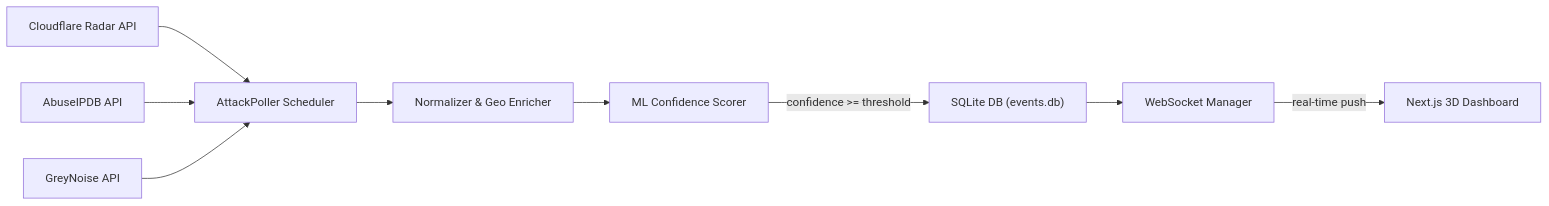
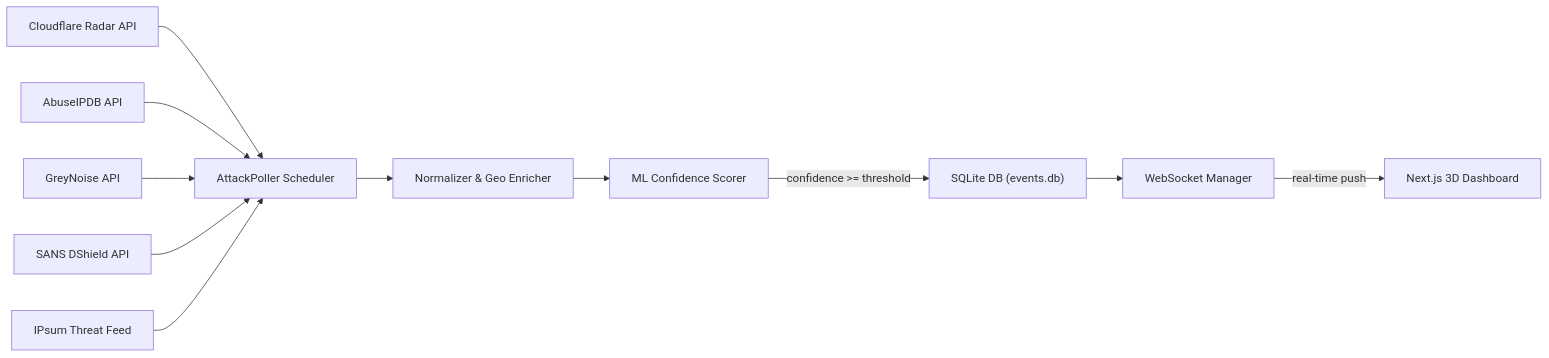
Before and after one commit to swap-mitra/live-ddos-map: the first of 3 diagrams in README.md, drawn with Mermaid. The commit also changed other lines of this file and 3 other files, not shown here.

````diff
--- a/README.md
+++ b/README.md
@@ -21,21 +21,25 @@
 ```mermaid
 flowchart LR
   abuse["AbuseIPDB API"]
   cloudflare["Cloudflare Radar API"]
   greynoise["GreyNoise API"]
+  dshield["SANS DShield API"]
+  ipsum["IPsum Threat Feed"]
   poller["AttackPoller Scheduler"]
   normalizer["Normalizer & Geo Enricher"]
   ml["ML Confidence Scorer"]
   db["SQLite DB (events.db)"]
   ws["WebSocket Manager"]
   ui["Next.js 3D Dashboard"]
 
   cloudflare --> poller
   abuse --> poller
   greynoise --> poller
+  dshield --> poller
+  ipsum --> poller
   poller --> normalizer
   normalizer --> ml
   ml -->|confidence >= threshold| db
   db --> ws
   ws -->|real-time push| ui
 ```
````
